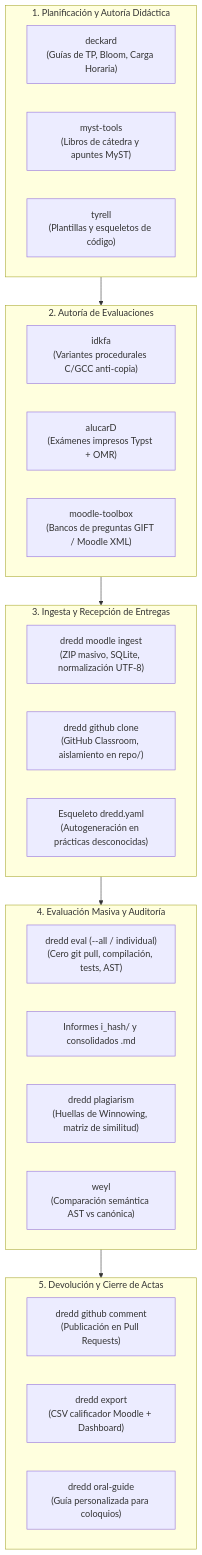
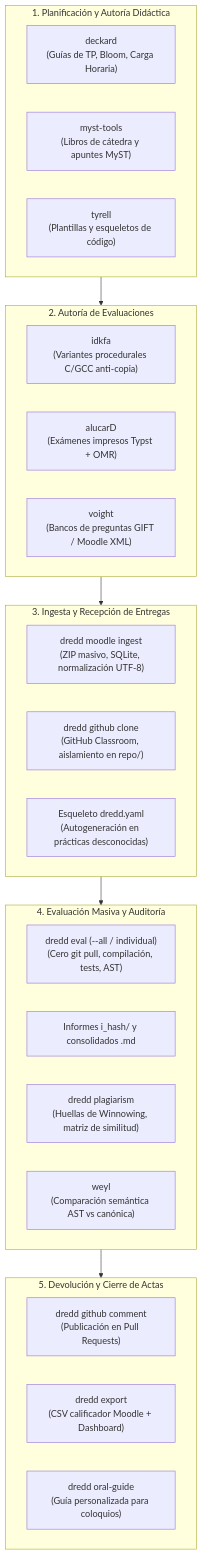
Before and after one commit to INGCOM-UNRN-P1/toolbox: the diagram in MANUAL_DOCENTE.md, drawn with Mermaid. The commit also changed other lines of this file and 9 other files, not shown here.

First line of the commit message:
docs(ecosistema): moodle-toolbox es ahora el repositorio voight

````diff
--- a/MANUAL_DOCENTE.md
+++ b/MANUAL_DOCENTE.md
@@ -12,38 +12,38 @@
 ```mermaid
 flowchart TD
     subgraph Planificacion["1. Planificación y Autoría Didáctica"]
         DECKARD["deckard<br/>(Guías de TP, Bloom, Carga Horaria)"]
         MYST["myst-tools<br/>(Libros de cátedra y apuntes MyST)"]
         TYRELL["tyrell<br/>(Plantillas y esqueletos de código)"]
     end
 
     subgraph Examenes["2. Autoría de Evaluaciones"]
         IDKFA["idkfa<br/>(Variantes procedurales C/GCC anti-copia)"]
         ALUCARD["alucarD<br/>(Exámenes impresos Typst + OMR)"]
-        MT["moodle-toolbox<br/>(Bancos de preguntas GIFT / Moodle XML)"]
+        MT["voight<br/>(Bancos de preguntas GIFT / Moodle XML)"]
     end
 
     subgraph Ingesta["3. Ingesta y Recepción de Entregas"]
         INGEST_MOODLE["dredd moodle ingest<br/>(ZIP masivo, SQLite, normalización UTF-8)"]
         INGEST_GH["dredd github clone<br/>(GitHub Classroom, aislamiento en repo/)"]
         SKELETON["Esqueleto dredd.yaml<br/>(Autogeneración en prácticas desconocidas)"]
     end
 
     subgraph Evaluacion["4. Evaluación Masiva y Auditoría"]
         EVAL["dredd eval (--all / individual)<br/>(Cero git pull, compilación, tests, AST)"]
         REPORTS["Informes i_hash/ y consolidados .md"]
         PLAGIARISM["dredd plagiarism<br/>(Huellas de Winnowing, matriz de similitud)"]
         WEYL["weyl<br/>(Comparación semántica AST vs canónica)"]
     end
 
     subgraph Devolucion["5. Devolución y Cierre de Actas"]
         COMMENT["dredd github comment<br/>(Publicación en Pull Requests)"]
         EXPORT["dredd export<br/>(CSV calificador Moodle + Dashboard)"]
         ORAL["dredd oral-guide<br/>(Guía personalizada para coloquios)"]
     end
 
     Planificacion --> Examenes
     Examenes --> Ingesta
     Ingesta --> Evaluacion
     Evaluacion --> Devolucion
 ```
````
